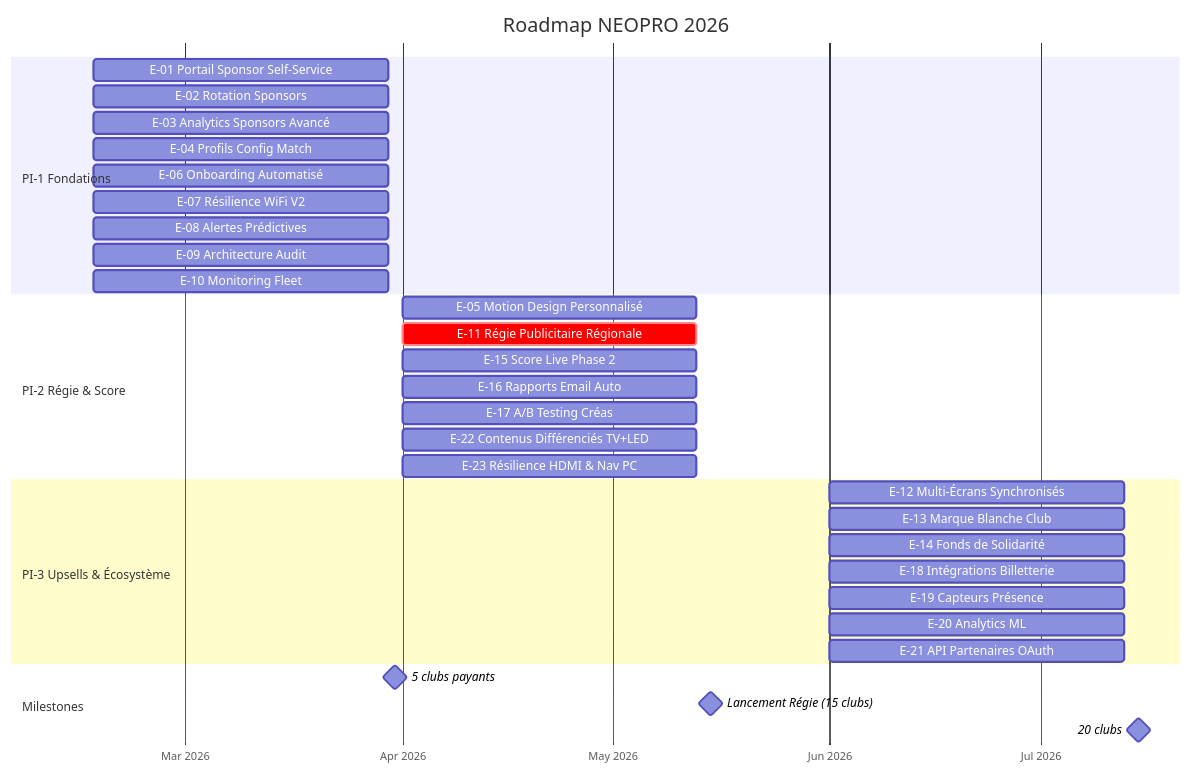
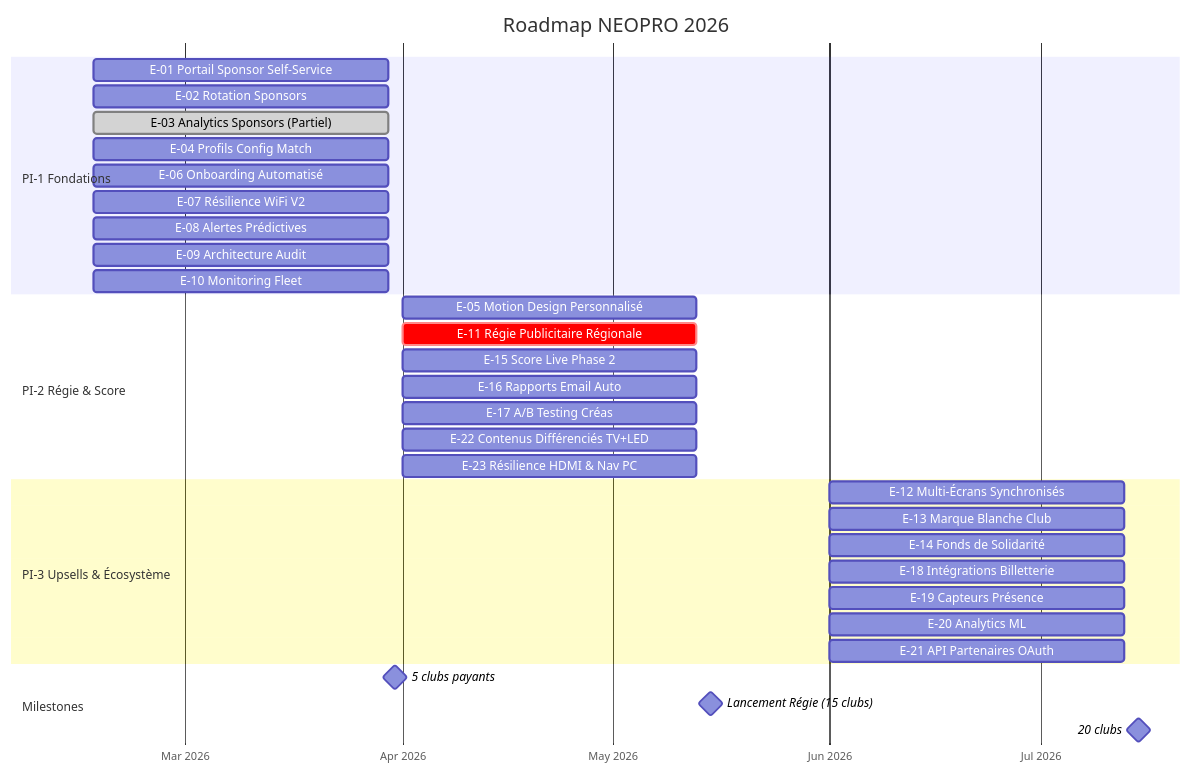
One commit to Tallec7/madxp changed the second of 4 diagrams in docs/safe/PORTFOLIO.md. Above: the diagram before and after it, drawn with Mermaid. The commit also changed other lines of this file and 13 other files, not shown here.

````diff
--- a/docs/safe/PORTFOLIO.md
+++ b/docs/safe/PORTFOLIO.md
@@ -55,40 +55,40 @@
 ```mermaid
 gantt
     title Roadmap NEOPRO 2026
     dateFormat YYYY-MM-DD
     axisFormat %b %Y
 
     section PI-1 Fondations
     E-01 Portail Sponsor Self-Service   :e01, 2026-02-16, 42d
     E-02 Rotation Sponsors              :e02, 2026-02-16, 42d
-    E-03 Analytics Sponsors Avancé      :e03, 2026-02-16, 42d
+    E-03 Analytics Sponsors (Partiel)   :done, e03, 2026-02-16, 42d
     E-04 Profils Config Match           :e04, 2026-02-16, 42d
     E-06 Onboarding Automatisé          :e06, 2026-02-16, 42d
     E-07 Résilience WiFi V2             :e07, 2026-02-16, 42d
     E-08 Alertes Prédictives            :e08, 2026-02-16, 42d
     E-09 Architecture Audit             :e09, 2026-02-16, 42d
     E-10 Monitoring Fleet               :e10, 2026-02-16, 42d
 
     section PI-2 Régie & Score
     E-05 Motion Design Personnalisé     :e05, 2026-04-01, 42d
     E-11 Régie Publicitaire Régionale  :crit, e11, 2026-04-01, 42d
     E-15 Score Live Phase 2             :e15, 2026-04-01, 42d
     E-16 Rapports Email Auto            :e16, 2026-04-01, 42d
     E-17 A/B Testing Créas              :e17, 2026-04-01, 42d
     E-22 Contenus Différenciés TV+LED  :e22, 2026-04-01, 42d
     E-23 Résilience HDMI & Nav PC      :e23, 2026-04-01, 42d
 
     section PI-3 Upsells & Écosystème
     E-12 Multi-Écrans Synchronisés      :e12, 2026-06-01, 42d
     E-13 Marque Blanche Club            :e13, 2026-06-01, 42d
     E-14 Fonds de Solidarité            :e14, 2026-06-01, 42d
     E-18 Intégrations Billetterie       :e18, 2026-06-01, 42d
     E-19 Capteurs Présence              :e19, 2026-06-01, 42d
     E-20 Analytics ML                   :e20, 2026-06-01, 42d
     E-21 API Partenaires OAuth          :e21, 2026-06-01, 42d
 
     section Milestones
     5 clubs payants                     :milestone, m1, 2026-03-31, 0d
     Lancement Régie (15 clubs)          :milestone, m2, 2026-05-15, 0d
     20 clubs                            :milestone, m3, 2026-07-15, 0d
 ```
````
